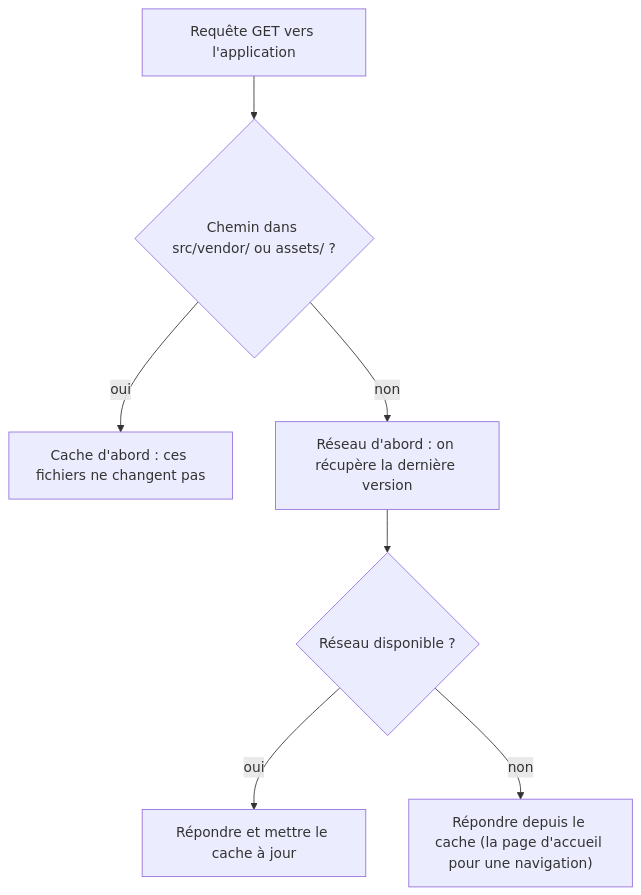
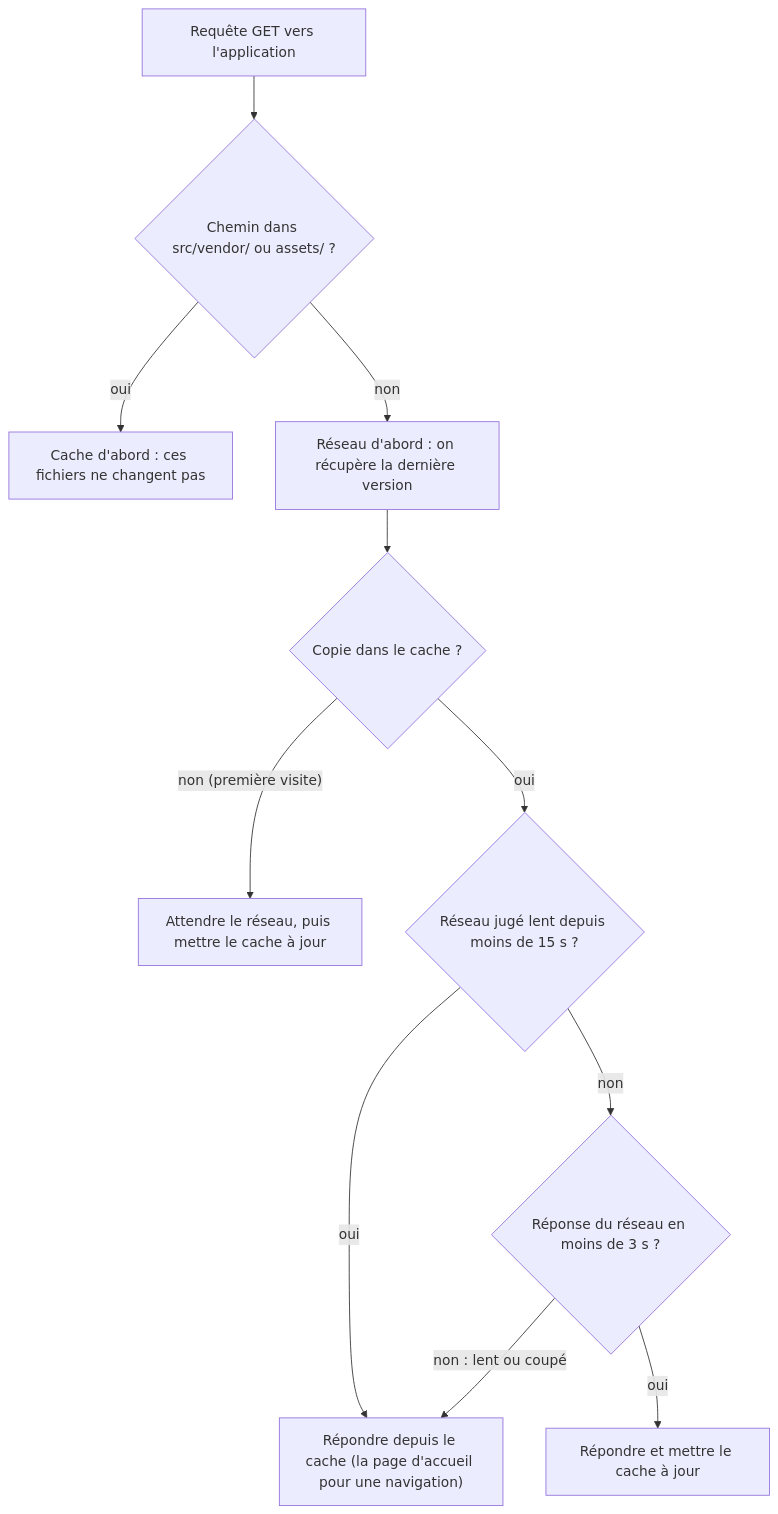
Before and after one commit to bilelkhlif/footballsimulator: the fourth of 4 diagrams in docs/guide-du-code.md, drawn with Mermaid. The commit also changed other lines of this file and 3 other files, not shown here.

First line of the commit message:
Documente le correctif du réseau lent

````diff
--- a/docs/guide-du-code.md
+++ b/docs/guide-du-code.md
@@ -319,9 +319,13 @@
 ```mermaid
 flowchart TD
   R["Requête GET vers l'application"] --> Q{"Chemin dans src/vendor/ ou assets/ ?"}
   Q -- "oui" --> CF["Cache d'abord : ces fichiers ne changent pas"]
   Q -- "non" --> NF["Réseau d'abord : on récupère la dernière version"]
-  NF --> NET{"Réseau disponible ?"}
+  NF --> HAS{"Copie dans le cache ?"}
+  HAS -- "non (première visite)" --> W["Attendre le réseau, puis mettre le cache à jour"]
+  HAS -- "oui" --> SLOW{"Réseau jugé lent depuis moins de 15 s ?"}
+  SLOW -- "oui" --> C["Répondre depuis le cache (la page d'accueil pour une navigation)"]
+  SLOW -- "non" --> NET{"Réponse du réseau en moins de 3 s ?"}
   NET -- "oui" --> U["Répondre et mettre le cache à jour"]
-  NET -- "non" --> C["Répondre depuis le cache (la page d'accueil pour une navigation)"]
+  NET -- "non : lent ou coupé" --> C
 ```
````
